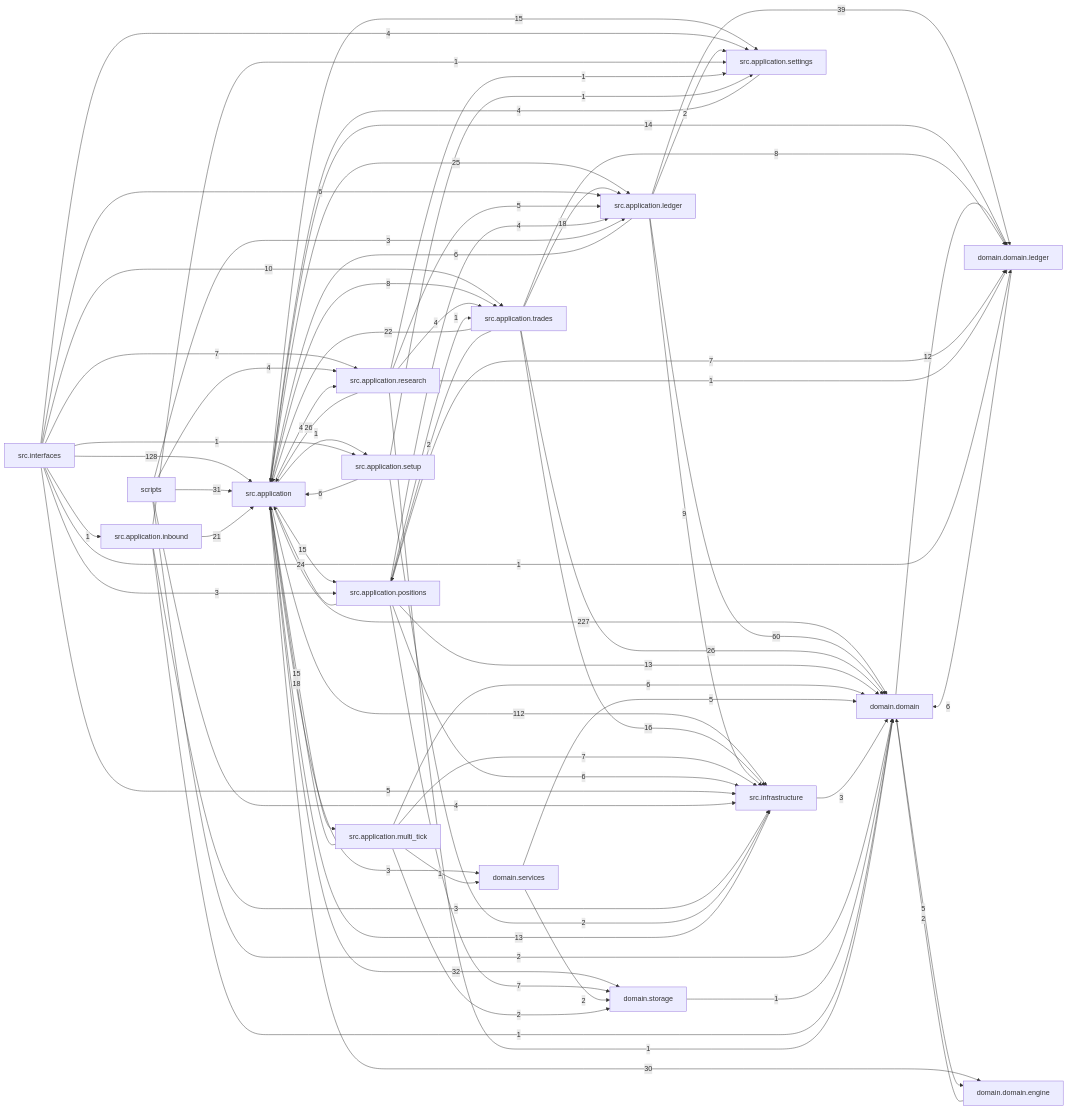
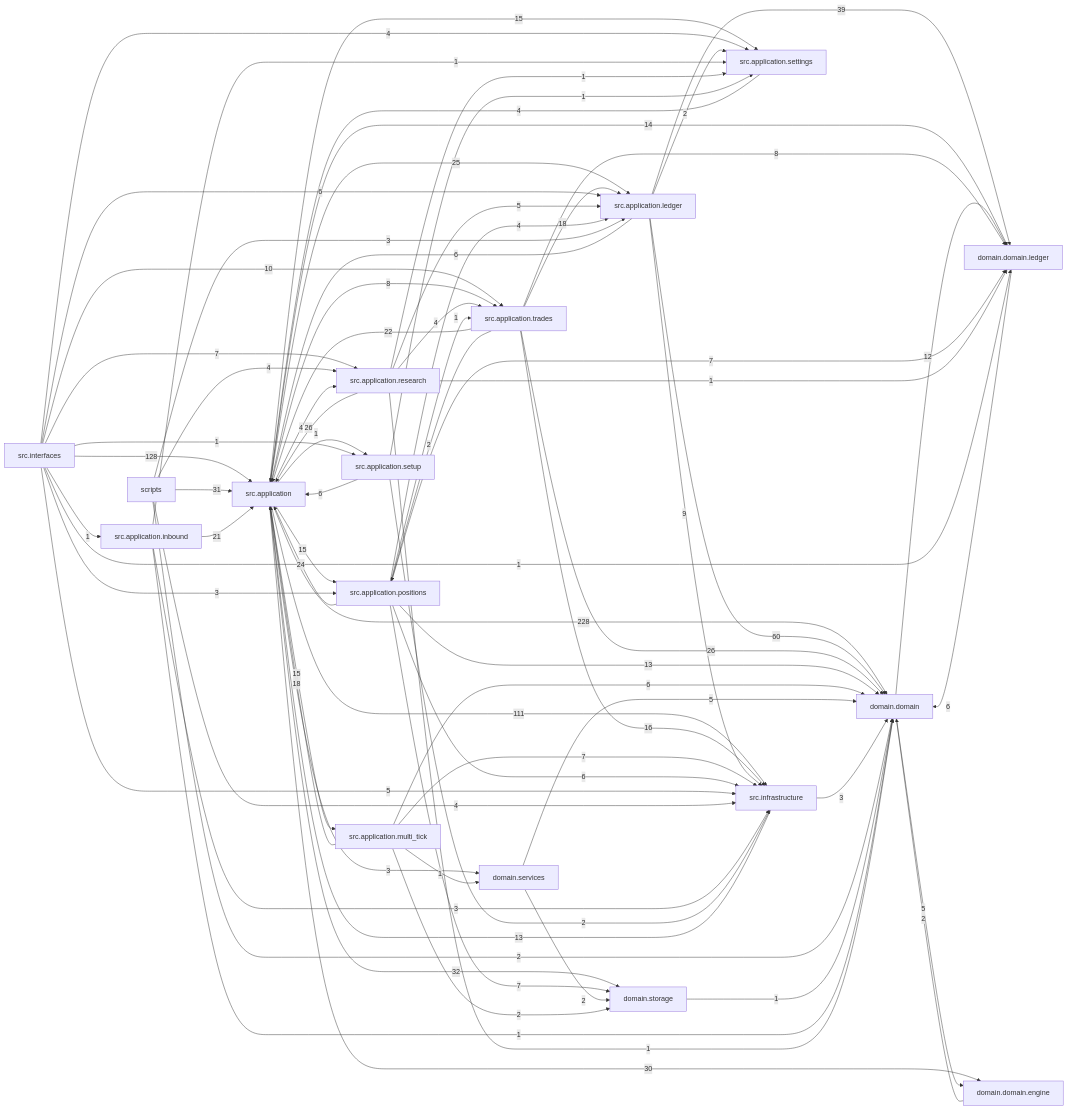
One commit to liuxie066/options-monitor changed the diagram in docs/dependency_graph.mmd. Above: the diagram before and after it, drawn with Mermaid. The commit also changed 8 other files, not shown here.

```diff
--- a/docs/dependency_graph.mmd
+++ b/docs/dependency_graph.mmd
@@ -1,75 +1,75 @@
 flowchart LR
-  src_application["src.application"] -->|227| domain_domain["domain.domain"]
+  src_application["src.application"] -->|228| domain_domain["domain.domain"]
   src_interfaces["src.interfaces"] -->|128| src_application["src.application"]
-  src_application["src.application"] -->|112| src_infrastructure["src.infrastructure"]
+  src_application["src.application"] -->|111| src_infrastructure["src.infrastructure"]
   src_application_ledger["src.application.ledger"] -->|60| domain_domain["domain.domain"]
   src_application_ledger["src.application.ledger"] -->|39| domain_domain_ledger["domain.domain.ledger"]
   src_application["src.application"] -->|32| domain_storage["domain.storage"]
   scripts["scripts"] -->|31| src_application["src.application"]
   src_application["src.application"] -->|30| domain_domain_engine["domain.domain.engine"]
   src_application_research["src.application.research"] -->|26| src_application["src.application"]
   src_application_trades["src.application.trades"] -->|26| domain_domain["domain.domain"]
   src_application["src.application"] -->|25| src_application_ledger["src.application.ledger"]
   src_application_positions["src.application.positions"] -->|24| src_application["src.application"]
   src_application_trades["src.application.trades"] -->|22| src_application["src.application"]
   src_application_inbound["src.application.inbound"] -->|21| src_application["src.application"]
   src_application_multi_tick["src.application.multi_tick"] -->|18| src_application["src.application"]
   src_application_trades["src.application.trades"] -->|18| src_application_ledger["src.application.ledger"]
   src_application_trades["src.application.trades"] -->|16| src_infrastructure["src.infrastructure"]
   src_application["src.application"] -->|15| src_application_multi_tick["src.application.multi_tick"]
   src_application["src.application"] -->|15| src_application_positions["src.application.positions"]
   src_application["src.application"] -->|15| src_application_settings["src.application.settings"]
   src_application["src.application"] -->|14| domain_domain_ledger["domain.domain.ledger"]
   src_application_positions["src.application.positions"] -->|13| domain_domain["domain.domain"]
   src_infrastructure["src.infrastructure"] -->|13| src_application["src.application"]
   domain_domain["domain.domain"] -->|12| domain_domain_ledger["domain.domain.ledger"]
   src_interfaces["src.interfaces"] -->|10| src_application_trades["src.application.trades"]
   src_application_ledger["src.application.ledger"] -->|9| src_infrastructure["src.infrastructure"]
   src_application["src.application"] -->|8| src_application_trades["src.application.trades"]
   src_application_trades["src.application.trades"] -->|8| domain_domain_ledger["domain.domain.ledger"]
   src_application_multi_tick["src.application.multi_tick"] -->|7| src_infrastructure["src.infrastructure"]
   src_application_positions["src.application.positions"] -->|7| domain_domain_ledger["domain.domain.ledger"]
   src_application_positions["src.application.positions"] -->|7| domain_storage["domain.storage"]
   src_interfaces["src.interfaces"] -->|7| src_application_research["src.application.research"]
   domain_domain_ledger["domain.domain.ledger"] -->|6| domain_domain["domain.domain"]
   src_application_ledger["src.application.ledger"] -->|6| src_application["src.application"]
   src_application_multi_tick["src.application.multi_tick"] -->|6| domain_domain["domain.domain"]
   src_application_positions["src.application.positions"] -->|6| src_infrastructure["src.infrastructure"]
   src_application_setup["src.application.setup"] -->|6| src_application["src.application"]
   src_interfaces["src.interfaces"] -->|6| src_application_ledger["src.application.ledger"]
   domain_domain["domain.domain"] -->|5| domain_domain_engine["domain.domain.engine"]
   domain_services["domain.services"] -->|5| domain_domain["domain.domain"]
   src_application_research["src.application.research"] -->|5| src_application_ledger["src.application.ledger"]
   src_interfaces["src.interfaces"] -->|5| src_infrastructure["src.infrastructure"]
   scripts["scripts"] -->|4| src_application_research["src.application.research"]
   scripts["scripts"] -->|4| src_infrastructure["src.infrastructure"]
   src_application["src.application"] -->|4| src_application_research["src.application.research"]
   src_application_positions["src.application.positions"] -->|4| src_application_ledger["src.application.ledger"]
   src_application_research["src.application.research"] -->|4| src_application_trades["src.application.trades"]
   src_application_settings["src.application.settings"] -->|4| src_application["src.application"]
   src_interfaces["src.interfaces"] -->|4| src_application_settings["src.application.settings"]
   scripts["scripts"] -->|3| src_application_ledger["src.application.ledger"]
   src_application["src.application"] -->|3| domain_services["domain.services"]
   src_application_inbound["src.application.inbound"] -->|3| src_infrastructure["src.infrastructure"]
   src_infrastructure["src.infrastructure"] -->|3| domain_domain["domain.domain"]
   src_interfaces["src.interfaces"] -->|3| src_application_positions["src.application.positions"]
   domain_domain_engine["domain.domain.engine"] -->|2| domain_domain["domain.domain"]
   domain_services["domain.services"] -->|2| domain_storage["domain.storage"]
   scripts["scripts"] -->|2| domain_domain["domain.domain"]
   src_application_ledger["src.application.ledger"] -->|2| src_application_settings["src.application.settings"]
   src_application_multi_tick["src.application.multi_tick"] -->|2| domain_storage["domain.storage"]
   src_application_setup["src.application.setup"] -->|2| src_infrastructure["src.infrastructure"]
   src_application_trades["src.application.trades"] -->|2| src_application_positions["src.application.positions"]
   domain_storage["domain.storage"] -->|1| domain_domain["domain.domain"]
   src_application["src.application"] -->|1| src_application_setup["src.application.setup"]
   src_application_inbound["src.application.inbound"] -->|1| domain_domain["domain.domain"]
   src_application_inbound["src.application.inbound"] -->|1| src_application_settings["src.application.settings"]
   src_application_multi_tick["src.application.multi_tick"] -->|1| domain_services["domain.services"]
   src_application_positions["src.application.positions"] -->|1| src_application_trades["src.application.trades"]
   src_application_research["src.application.research"] -->|1| domain_domain["domain.domain"]
   src_application_research["src.application.research"] -->|1| domain_domain_ledger["domain.domain.ledger"]
   src_application_research["src.application.research"] -->|1| src_application_settings["src.application.settings"]
   src_application_setup["src.application.setup"] -->|1| src_application_settings["src.application.settings"]
   src_interfaces["src.interfaces"] -->|1| domain_domain_ledger["domain.domain.ledger"]
   src_interfaces["src.interfaces"] -->|1| src_application_inbound["src.application.inbound"]
   src_interfaces["src.interfaces"] -->|1| src_application_setup["src.application.setup"]
```
